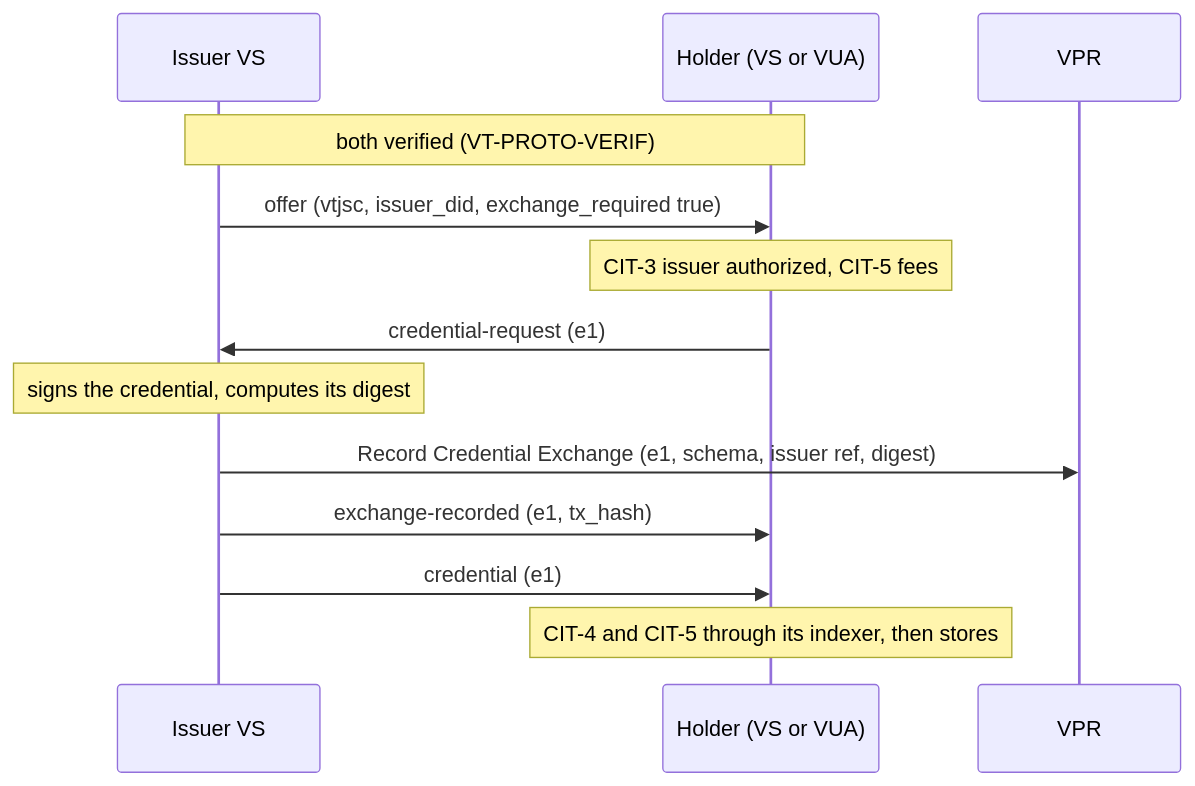
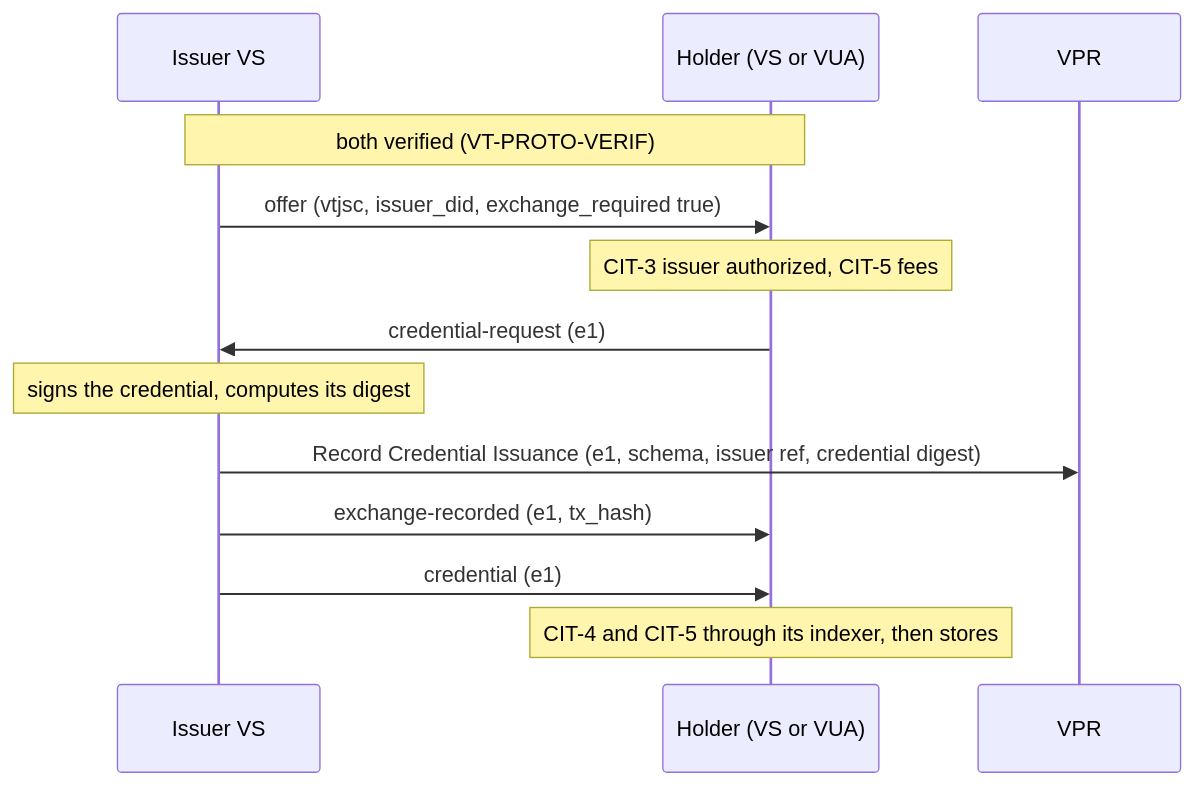
Before and after one commit to verana-labs/verifiable-trust-spec: the ninth of 16 diagrams in spec.md, drawn with Mermaid. The commit also changed other lines of this file, not shown here.

Commit message:
Exchange records follow the VPR split: CredentialIssuance for an issuance, CredentialPresentation for a presentation

````diff
--- a/spec.md
+++ b/spec.md
@@ -2179,15 +2179,15 @@
 ```mermaid
 sequenceDiagram
     participant I as Issuer VS
     participant H as Holder (VS or VUA)
     participant VPR as VPR
     Note over I,H: both verified (VT-PROTO-VERIF)
     I->>H: offer (vtjsc, issuer_did, exchange_required true)
     Note over H: CIT-3 issuer authorized, CIT-5 fees
     H->>I: credential-request (e1)
     Note over I: signs the credential, computes its digest
-    I->>VPR: Record Credential Exchange (e1, schema, issuer ref, digest)
+    I->>VPR: Record Credential Issuance (e1, schema, issuer ref, credential digest)
     I->>H: exchange-recorded (e1, tx_hash)
     I->>H: credential (e1)
     Note over H: CIT-4 and CIT-5 through its indexer, then stores
 ```
````
